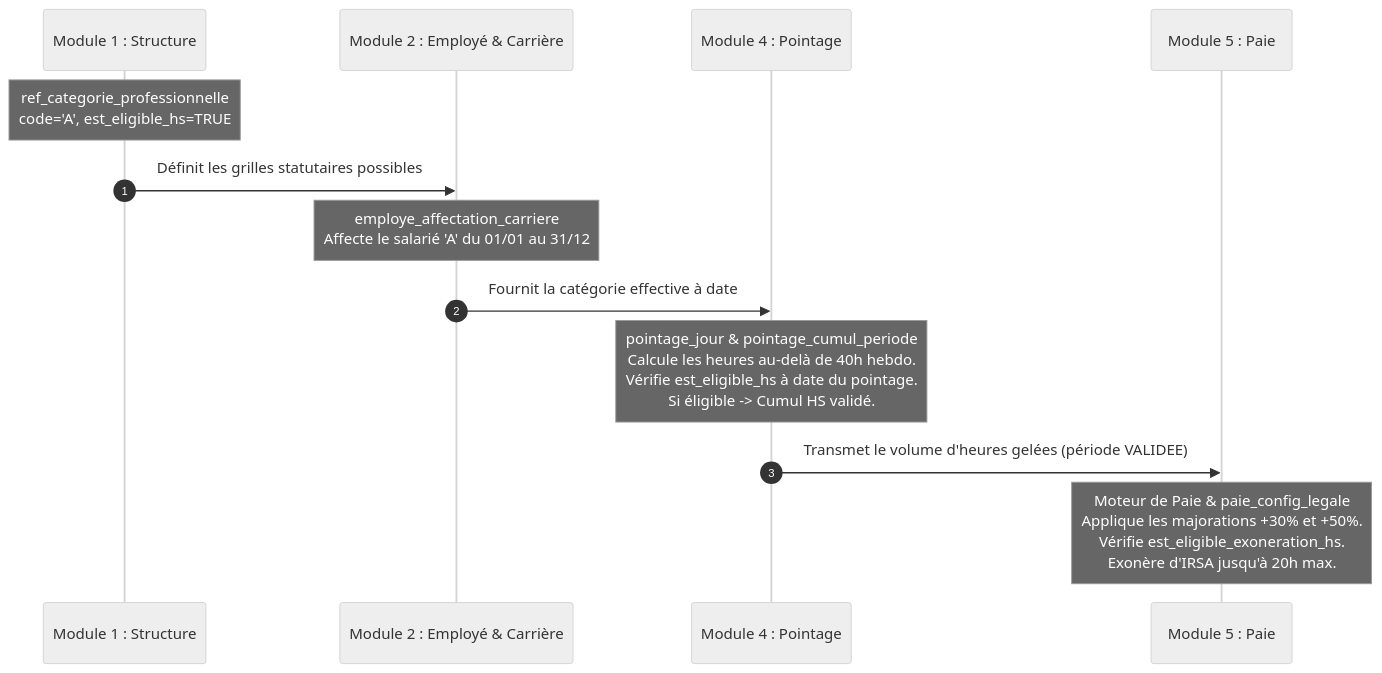
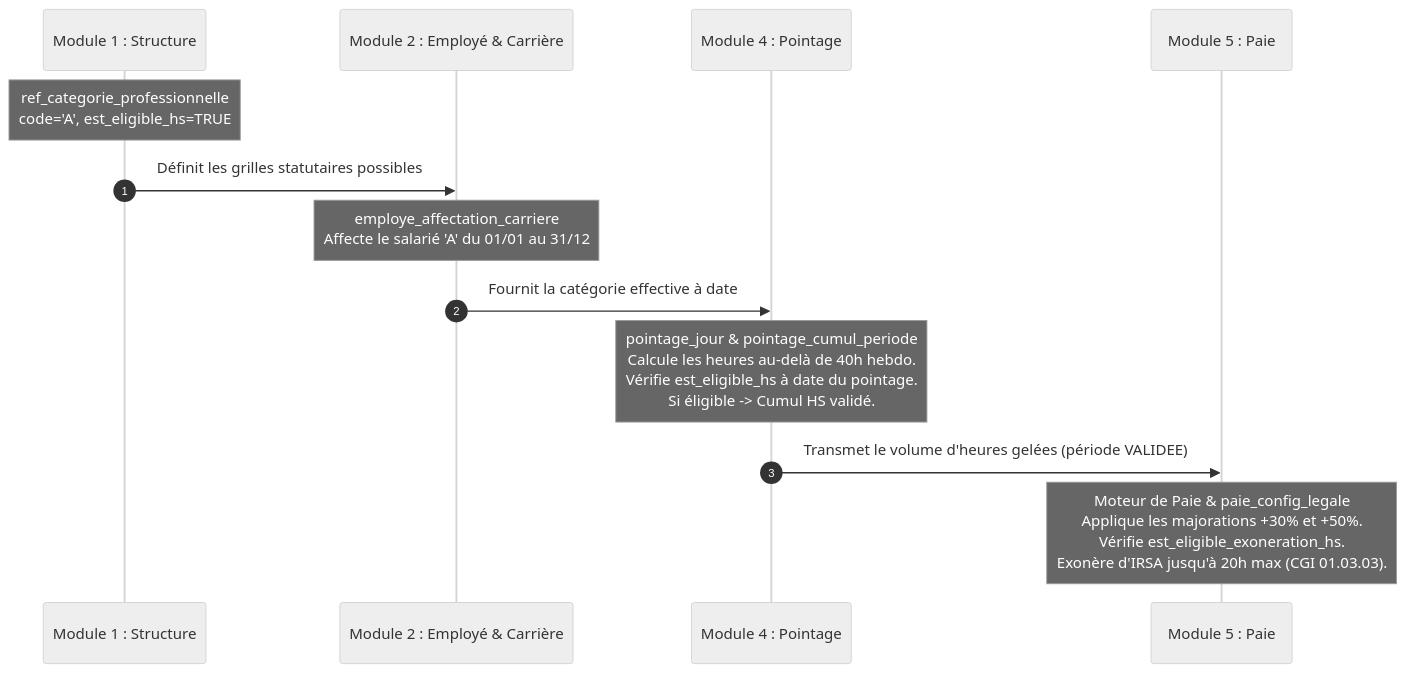
One commit to Tnyaina/GALAXAM-SIRH changed the third of 6 diagrams in backend/docs/boky/module-structure-organisation.md. Above: the diagram before and after it, drawn with Mermaid (neutral theme). The commit also changed other lines of this file and 103 other files, not shown here.

````diff
--- a/backend/docs/boky/module-structure-organisation.md
+++ b/backend/docs/boky/module-structure-organisation.md
@@ -361,16 +380,16 @@
 ```mermaid
 sequenceDiagram
     autonumber
     participant STR as Module 1 : Structure
     participant CAR as Module 2 : Employé & Carrière
     participant POI as Module 4 : Pointage
     participant PAI as Module 5 : Paie
 
     Note over STR: ref_categorie_professionnelle<br/>code='A', est_eligible_hs=TRUE
     STR->>CAR: Définit les grilles statutaires possibles
     Note over CAR: employe_affectation_carriere<br/>Affecte le salarié 'A' du 01/01 au 31/12
     CAR->>POI: Fournit la catégorie effective à date
     Note over POI: pointage_jour & pointage_cumul_periode<br/>Calcule les heures au-delà de 40h hebdo.<br/>Vérifie est_eligible_hs à date du pointage.<br/>Si éligible -> Cumul HS validé.
     POI->>PAI: Transmet le volume d'heures gelées (période VALIDEE)
-    Note over PAI: Moteur de Paie & paie_config_legale<br/>Applique les majorations +30% et +50%.<br/>Vérifie est_eligible_exoneration_hs.<br/>Exonère d'IRSA jusqu'à 20h max.
+    Note over PAI: Moteur de Paie & paie_config_legale<br/>Applique les majorations +30% et +50%.<br/>Vérifie est_eligible_exoneration_hs.<br/>Exonère d'IRSA jusqu'à 20h max (CGI 01.03.03).
 ```
````
